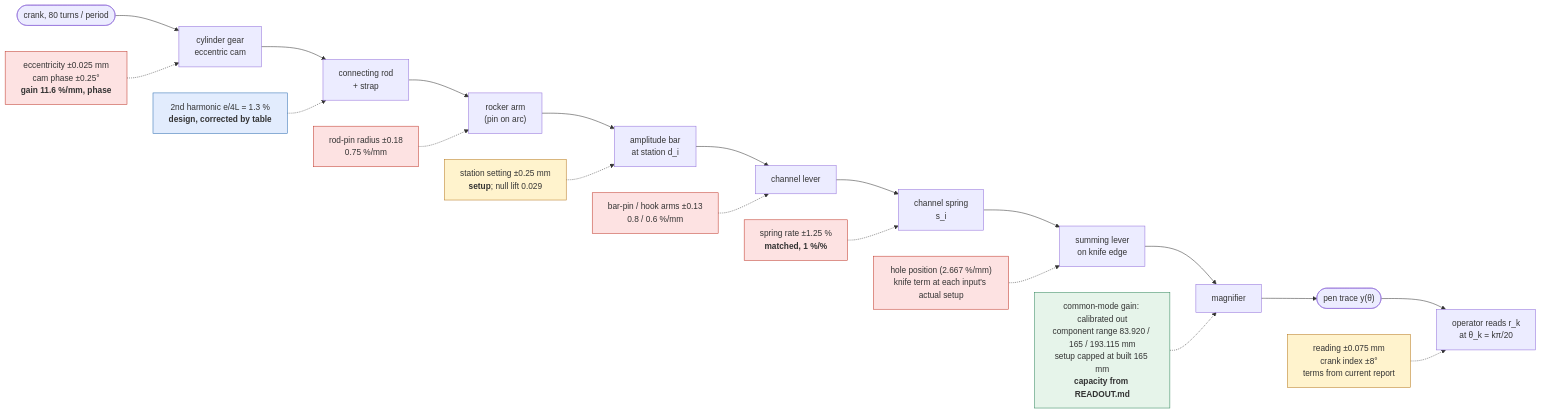
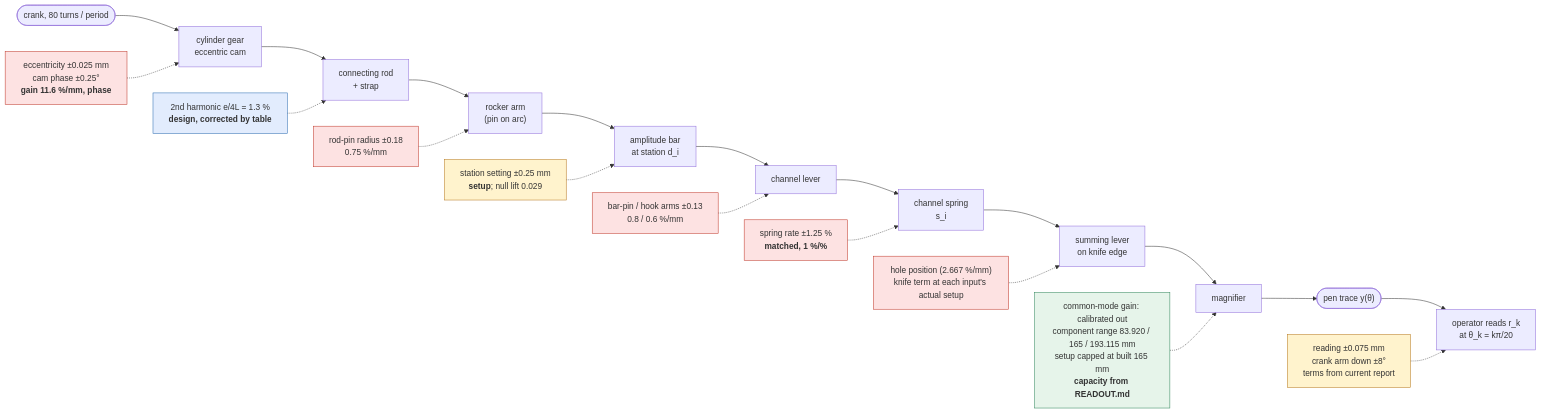
Before and after one commit to pedropaulovc/harmonic-analyzer: the first of 4 diagrams in cad/docs/tolerance-policy.md, drawn with Mermaid. The commit also changed 1 other file, not shown here.

Commit message:
docs: drop the last crank-index wording (#2385)
Why: Codjiflo review of a0b134caf0 found two places still describing a
crank index: the timebase comment in error_budget.py and the readout node
of tolerance-policy.md's error chain.

What: both now say the crank arm is stopped pointing down within the
budget's +/-8 deg.  Comment and markdown only; nothing re-keys.

The machinist_exceptions entries for the #1173/#1175 rulings go to
dt-drive-train.yaml in PR #3158, which re-keys the MHA-DT-00 assembly
anyway.

````diff
--- a/cad/docs/tolerance-policy.md
+++ b/cad/docs/tolerance-policy.md
@@ -150,27 +150,27 @@
 ```mermaid
 flowchart LR
     crank([crank, 80 turns / period]) --> cam
     cam["cylinder gear<br/>eccentric cam"] --> rod["connecting rod<br/>+ strap"]
     rod --> rocker["rocker arm<br/>(pin on arc)"]
     rocker --> bar["amplitude bar<br/>at station d_i"]
     bar --> lever["channel lever"]
     lever --> spring["channel spring<br/>s_i"]
     spring --> summing["summing lever<br/>on knife edge"]
     summing --> mag["magnifier"] --> pen(["pen trace y(θ)"])
     pen --> op["operator reads r_k<br/>at θ_k = kπ/20"]
 
     e1["eccentricity ±0.025 mm<br/>cam phase ±0.25°<br/><b>gain 11.6 %/mm, phase</b>"]:::part -.-> cam
     e2["2nd harmonic e/4L = 1.3 %<br/><b>design, corrected by table</b>"]:::design -.-> rod
     e3["rod-pin radius ±0.18<br/>0.75 %/mm"]:::part -.-> rocker
     e4["station setting ±0.25 mm<br/><b>setup</b>; null lift 0.029"]:::setup -.-> bar
     e5["bar-pin / hook arms ±0.13<br/>0.8 / 0.6 %/mm"]:::part -.-> lever
     e6["spring rate ±1.25 %<br/><b>matched, 1 %/%</b>"]:::part -.-> spring
     e7["hole position (2.667 %/mm)<br/>knife term at each input's actual setup"]:::part -.-> summing
     e8["common-mode gain: calibrated out<br/>component range 83.920 / 165 / 193.115 mm<br/>setup capped at built 165 mm<br/><b>capacity from READOUT.md</b>"]:::free -.-> mag
-    e9["reading ±0.075 mm<br/>crank index ±8°<br/>terms from current report"]:::setup -.-> op
+    e9["reading ±0.075 mm<br/>crank arm down ±8°<br/>terms from current report"]:::setup -.-> op
 
     classDef part fill:#fde2e2,stroke:#c0392b
     classDef setup fill:#fff3cd,stroke:#b7791f
     classDef design fill:#e2ecfd,stroke:#2b6cb0
     classDef free fill:#e6f4ea,stroke:#2f855a
 ```
````
